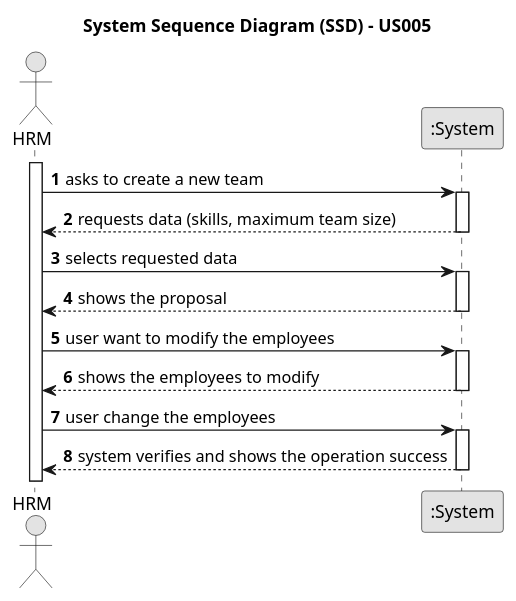
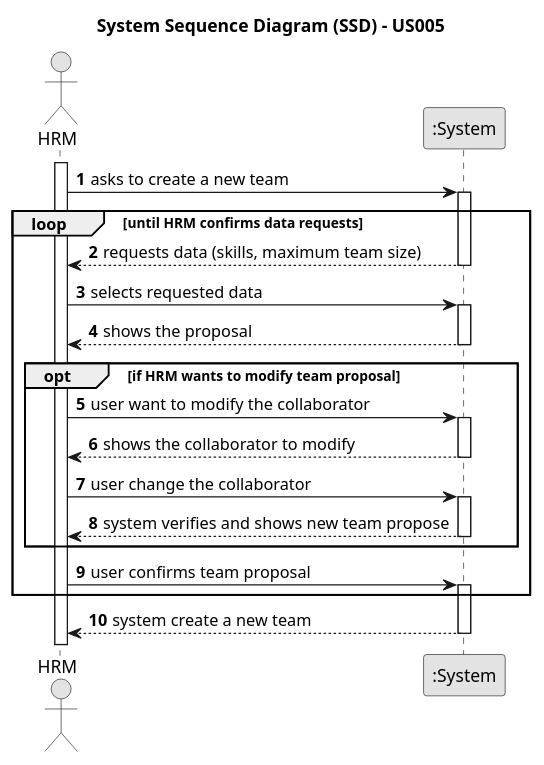
The diagram in docs/sprintA/us005/01.requirements-engineering/puml/us005-system-sequence-diagram-alternative-two.puml (ricardomm7/leaflink), drawn with PlantUML before and after one commit. The commit also changed 7 other files, not shown here.

```diff
--- a/docs/sprintA/us005/01.requirements-engineering/puml/us005-system-sequence-diagram-alternative-two.puml
+++ b/docs/sprintA/us005/01.requirements-engineering/puml/us005-system-sequence-diagram-alternative-two.puml
@@ -1,40 +1,46 @@
 @startuml
 skinparam monochrome true
 skinparam packageStyle rectangle
 skinparam shadowing false
 
 title System Sequence Diagram (SSD) - US005
 
 autonumber
 
 actor "HRM" as HRM
 participant ":System" as System
 
 activate HRM
 
     HRM -> System : asks to create a new team
     activate System
+loop until HRM confirms data requests
 
         System --> HRM : requests data (skills, maximum team size)
     deactivate System
 
     HRM -> System : selects requested data
     activate System
 
         System --> HRM : shows the proposal
     deactivate System
-
-    HRM -> System : user want to modify the employees
+opt if HRM wants to modify team proposal
+    HRM -> System : user want to modify the collaborator
     activate System
 
-        System --> HRM : shows the employees to modify
+        System --> HRM : shows the collaborator to modify
     deactivate System
 
-    HRM -> System : user change the employees
+    HRM -> System : user change the collaborator
     activate System
 
-    System --> HRM : system verifies and shows the operation success
+    System --> HRM : system verifies and shows new team propose
     deactivate System
-
+end
+ HRM -> System : user confirms team proposal
+     activate System
+end
+     System --> HRM : system create a new team
+     deactivate System
 
 @enduml
```
